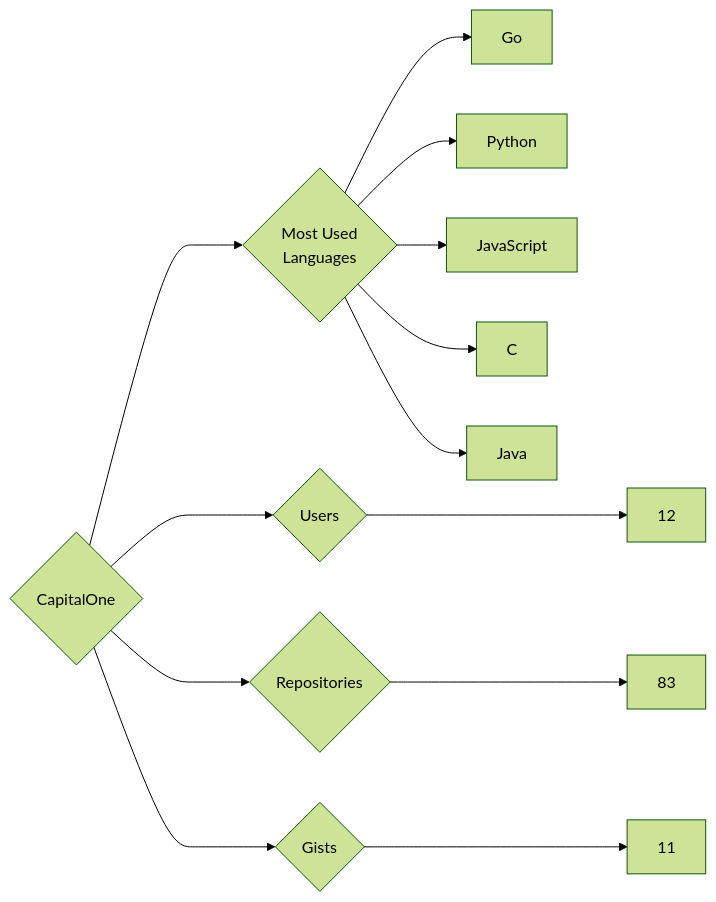
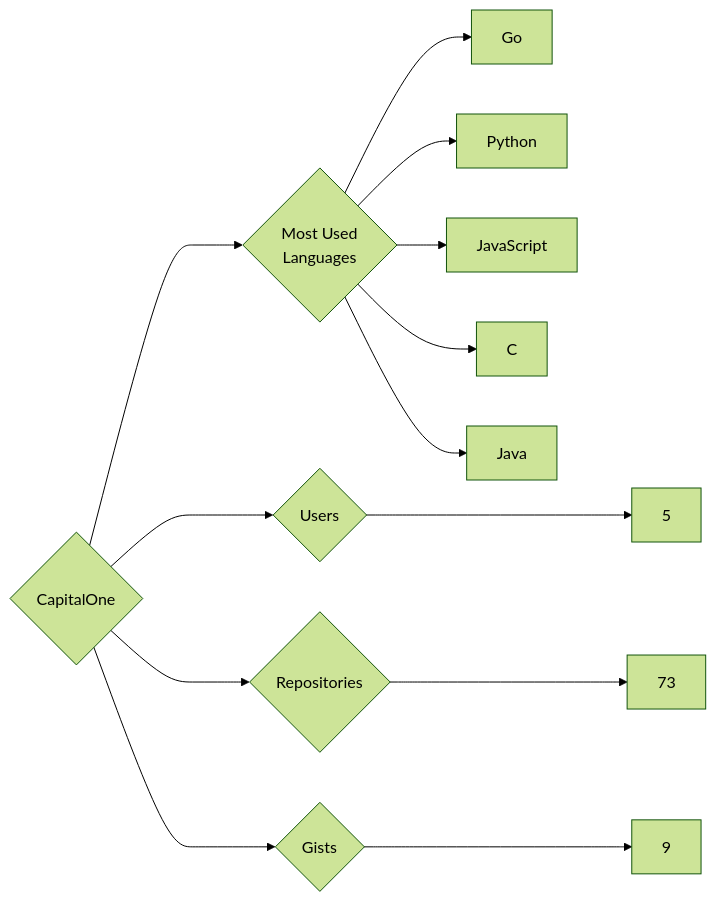
Before and after one commit to trickest/insiders: the diagram in targets/CapitalOne/README.md, drawn with Mermaid (forest theme). The commit also changed 614 other files, not shown here.

````diff
--- a/targets/CapitalOne/README.md
+++ b/targets/CapitalOne/README.md
@@ -3,13 +3,13 @@
 ```mermaid
 graph LR
 COMPANY_NAME{CapitalOne}
-COMPANY_NAME ---> U{Users} ---> UN[12]
-COMPANY_NAME ---> R{Repositories} ---> RN[83]
-COMPANY_NAME ---> G{Gists} ---> GN[11]
+COMPANY_NAME ---> U{Users} ---> UN[5]
+COMPANY_NAME ---> R{Repositories} ---> RN[73]
+COMPANY_NAME ---> G{Gists} ---> GN[9]
 COMPANY_NAME ---> ML{Most Used<br>Languages}
 ML --> Go[Go]
 ML --> Python[Python]
 ML --> JavaScript[JavaScript]
 ML --> C[C]
 ML --> Java[Java]
 ```
````
